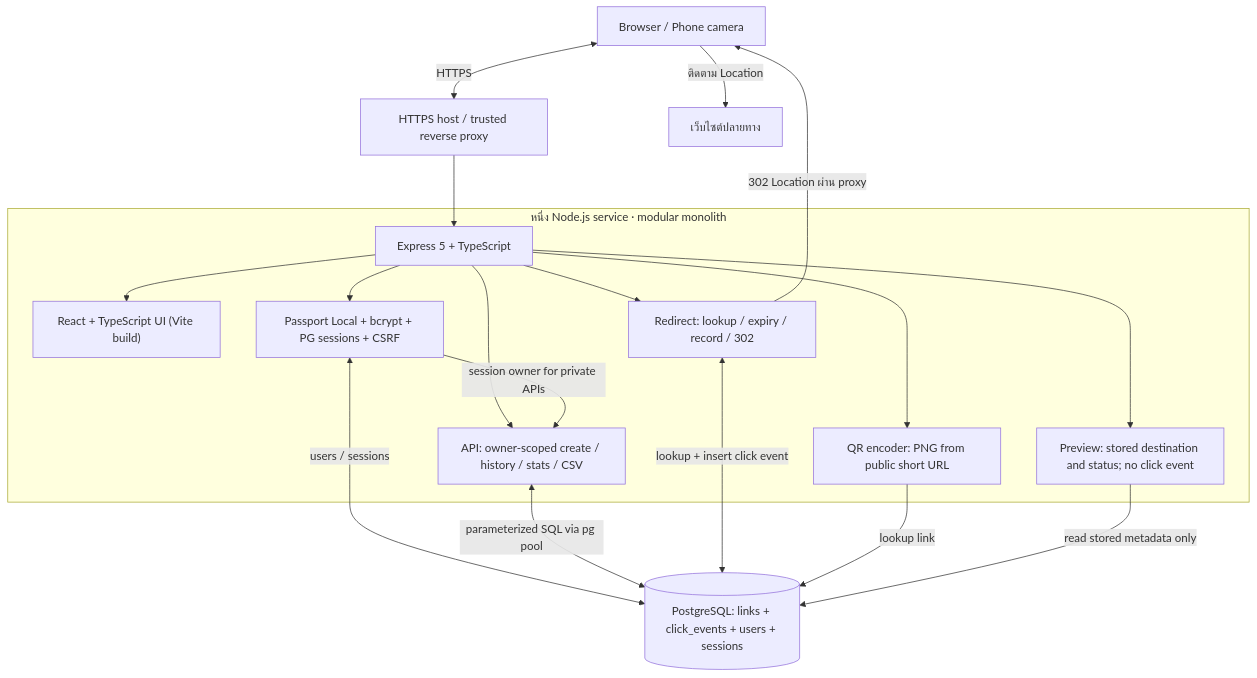
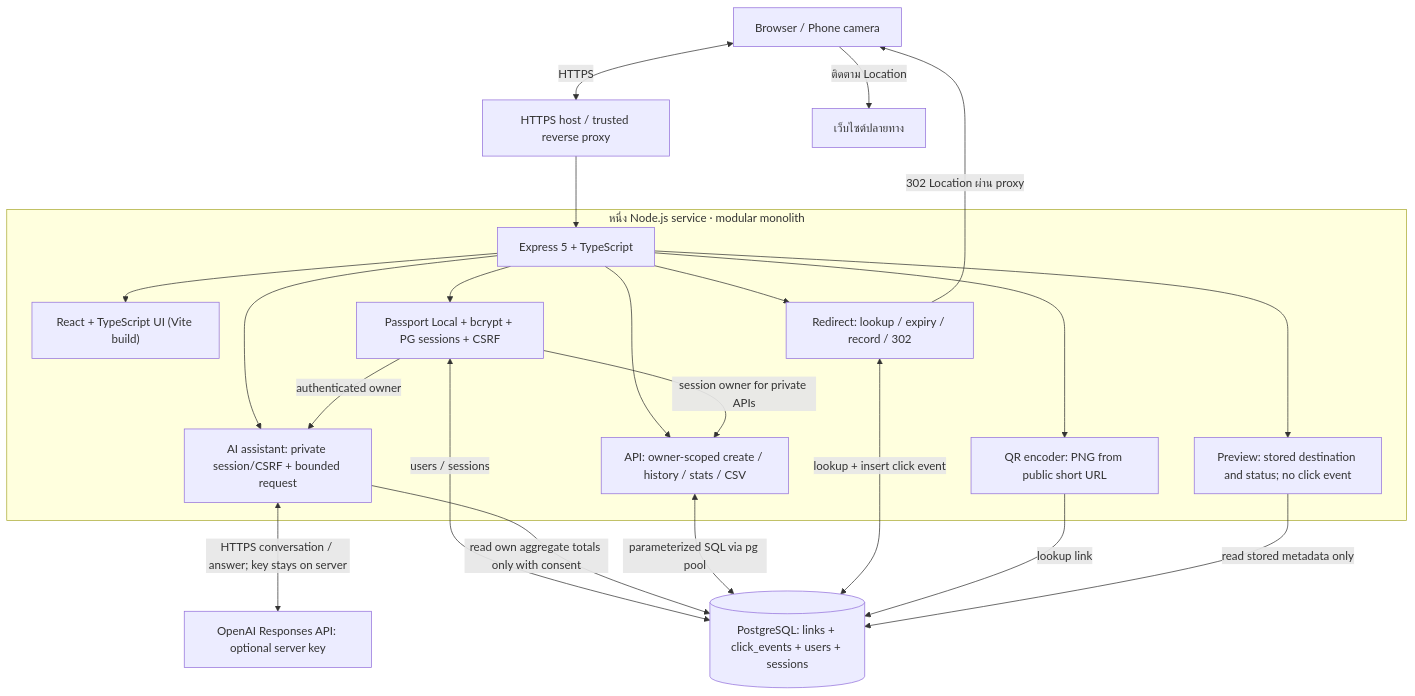
Before and after one commit to nicky-wrc/short-url-system: the fifth of 6 diagrams in docs/DIAGRAMS.md, drawn with Mermaid. The commit also changed other lines of this file and 14 other files, not shown here.

Commit message:
feat: add AI assistant with compact chat UI and clearer API errors

````diff
--- a/docs/DIAGRAMS.md
+++ b/docs/DIAGRAMS.md
@@ -141,32 +150,38 @@
 ```mermaid
 flowchart TB
     Browser["Browser / Phone camera"]
     Proxy["HTTPS host / trusted reverse proxy"]
     subgraph Service["หนึ่ง Node.js service · modular monolith"]
       Static["React + TypeScript UI (Vite build)"]
       Express["Express 5 + TypeScript"]
       API["API: owner-scoped create / history / stats / CSV"]
       Auth["Passport Local + bcrypt + PG sessions + CSRF"]
       Redirect["Redirect: lookup / expiry / record / 302"]
       QR["QR encoder: PNG from public short URL"]
       Preview["Preview: stored destination and status; no click event"]
+      Assistant["AI assistant: private session/CSRF + bounded request"]
     end
     DB[("PostgreSQL: links + click_events + users + sessions")]
     Target["เว็บไซต์ปลายทาง"]
+    AI["OpenAI Responses API: optional server key"]
     Browser <-->|"HTTPS"| Proxy
     Proxy --> Express
     Express --> Static
     Express --> API
     Express --> Auth
     Auth <-->|"users / sessions"| DB
     Auth -->|"session owner for private APIs"| API
     Express --> Redirect
     Express --> QR
     Express --> Preview
+    Express --> Assistant
+    Auth -->|"authenticated owner"| Assistant
+    Assistant -->|"read own aggregate totals only with consent"| DB
+    Assistant <-->|"HTTPS conversation / answer; key stays on server"| AI
     API <-->|"parameterized SQL via pg pool"| DB
     Redirect <-->|"lookup + insert click event"| DB
     QR -->|"lookup link"| DB
     Preview -->|"read stored metadata only"| DB
     Redirect -->|"302 Location ผ่าน proxy"| Browser
     Browser -->|"ติดตาม Location"| Target
 ```
````
